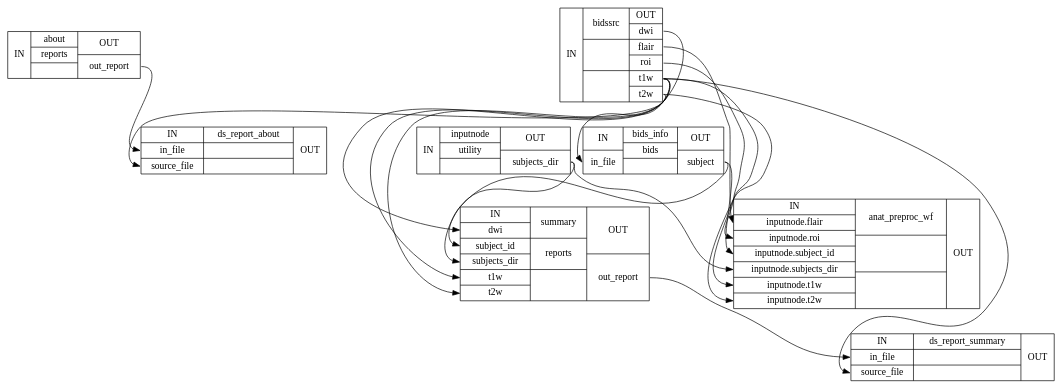
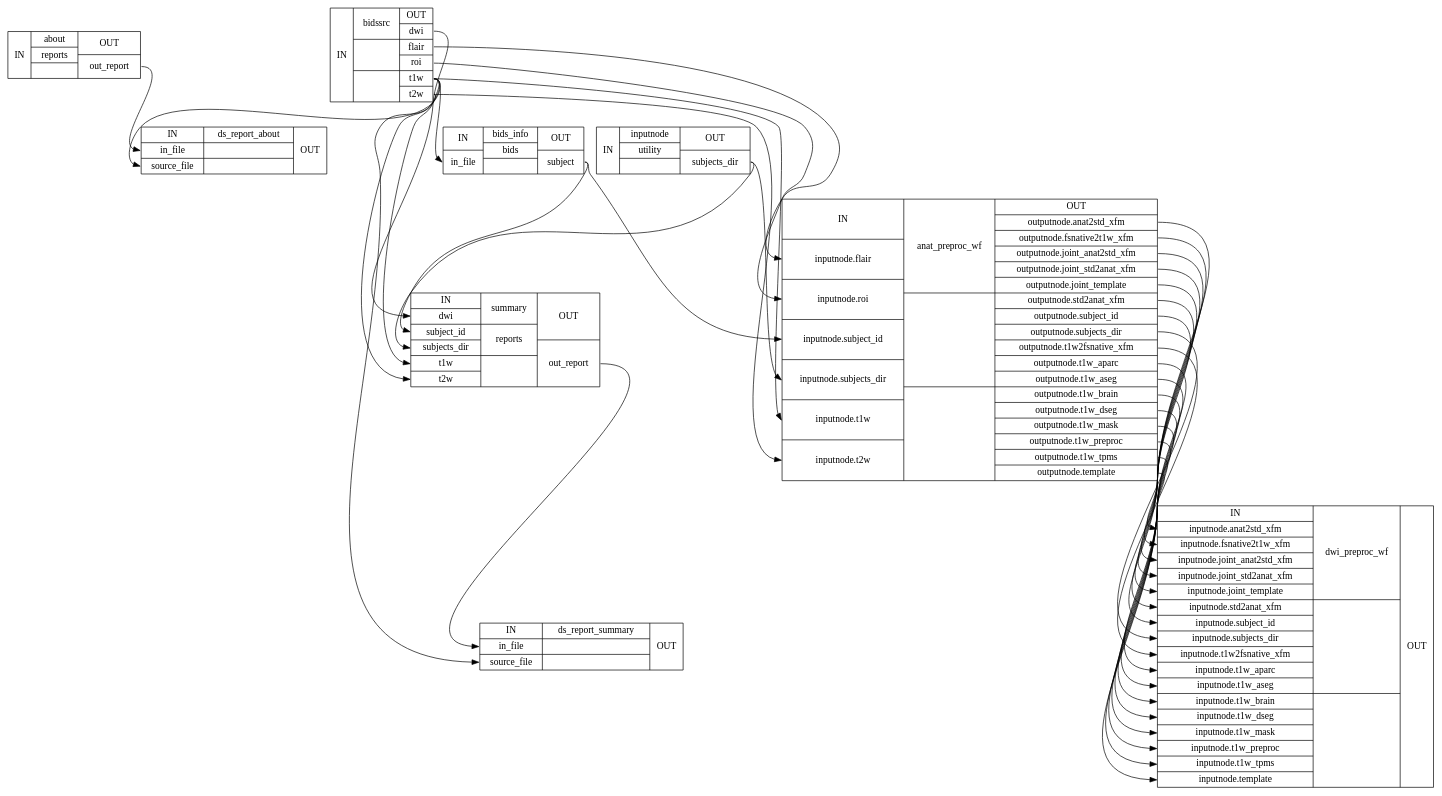
One commit to nipreps/dmriprep changed the diagram in test_docs/wf_directive/api/single_subject_wf/dmriprep-workflows-base-2_detailed.dot. Above: the diagram before and after it, drawn with Graphviz. The commit also changed 479 other files, not shown here.

```diff
--- a/test_docs/wf_directive/api/single_subject_wf/dmriprep-workflows-base-2_detailed.dot
+++ b/test_docs/wf_directive/api/single_subject_wf/dmriprep-workflows-base-2_detailed.dot
@@ -1,27 +1,45 @@
 digraph structs {
 node [shape=record];
 single_subject_wfabout [label="{IN}|{ about | reports |  }|{OUT|<outoutreport> out_report}"];
 single_subject_wfbidssrc [label="{IN}|{ bidssrc |  |  }|{OUT|<outdwi> dwi|<outflair> flair|<outroi> roi|<outt1w> t1w|<outt2w> t2w}"];
 single_subject_wfds_report_about [label="{IN|<ininfile> in_file|<insourcefile> source_file}|{ ds_report_about |  |  }|{OUT}"];
 single_subject_wfbids_info [label="{IN|<ininfile> in_file}|{ bids_info | bids |  }|{OUT|<outsubject> subject}"];
 single_subject_wfinputnode [label="{IN}|{ inputnode | utility |  }|{OUT|<outsubjectsdir> subjects_dir}"];
 single_subject_wfsummary [label="{IN|<indwi> dwi|<insubjectid> subject_id|<insubjectsdir> subjects_dir|<int1w> t1w|<int2w> t2w}|{ summary | reports |  }|{OUT|<outoutreport> out_report}"];
 single_subject_wfds_report_summary [label="{IN|<ininfile> in_file|<insourcefile> source_file}|{ ds_report_summary |  |  }|{OUT}"];
-single_subject_wfanat_preproc_wf [label="{IN|<ininputnodeflair> inputnode.flair|<ininputnoderoi> inputnode.roi|<ininputnodesubjectid> inputnode.subject_id|<ininputnodesubjectsdir> inputnode.subjects_dir|<ininputnodet1w> inputnode.t1w|<ininputnodet2w> inputnode.t2w}|{ anat_preproc_wf |  |  }|{OUT}"];
+single_subject_wfanat_preproc_wf [label="{IN|<ininputnodeflair> inputnode.flair|<ininputnoderoi> inputnode.roi|<ininputnodesubjectid> inputnode.subject_id|<ininputnodesubjectsdir> inputnode.subjects_dir|<ininputnodet1w> inputnode.t1w|<ininputnodet2w> inputnode.t2w}|{ anat_preproc_wf |  |  }|{OUT|<outoutputnodeanat2stdxfm> outputnode.anat2std_xfm|<outoutputnodefsnative2t1wxfm> outputnode.fsnative2t1w_xfm|<outoutputnodejointanat2stdxfm> outputnode.joint_anat2std_xfm|<outoutputnodejointstd2anatxfm> outputnode.joint_std2anat_xfm|<outoutputnodejointtemplate> outputnode.joint_template|<outoutputnodestd2anatxfm> outputnode.std2anat_xfm|<outoutputnodesubjectid> outputnode.subject_id|<outoutputnodesubjectsdir> outputnode.subjects_dir|<outoutputnodet1w2fsnativexfm> outputnode.t1w2fsnative_xfm|<outoutputnodet1waparc> outputnode.t1w_aparc|<outoutputnodet1waseg> outputnode.t1w_aseg|<outoutputnodet1wbrain> outputnode.t1w_brain|<outoutputnodet1wdseg> outputnode.t1w_dseg|<outoutputnodet1wmask> outputnode.t1w_mask|<outoutputnodet1wpreproc> outputnode.t1w_preproc|<outoutputnodet1wtpms> outputnode.t1w_tpms|<outoutputnodetemplate> outputnode.template}"];
+single_subject_wfdwi_preproc_wf [label="{IN|<ininputnodeanat2stdxfm> inputnode.anat2std_xfm|<ininputnodefsnative2t1wxfm> inputnode.fsnative2t1w_xfm|<ininputnodejointanat2stdxfm> inputnode.joint_anat2std_xfm|<ininputnodejointstd2anatxfm> inputnode.joint_std2anat_xfm|<ininputnodejointtemplate> inputnode.joint_template|<ininputnodestd2anatxfm> inputnode.std2anat_xfm|<ininputnodesubjectid> inputnode.subject_id|<ininputnodesubjectsdir> inputnode.subjects_dir|<ininputnodet1w2fsnativexfm> inputnode.t1w2fsnative_xfm|<ininputnodet1waparc> inputnode.t1w_aparc|<ininputnodet1waseg> inputnode.t1w_aseg|<ininputnodet1wbrain> inputnode.t1w_brain|<ininputnodet1wdseg> inputnode.t1w_dseg|<ininputnodet1wmask> inputnode.t1w_mask|<ininputnodet1wpreproc> inputnode.t1w_preproc|<ininputnodet1wtpms> inputnode.t1w_tpms|<ininputnodetemplate> inputnode.template}|{ dwi_preproc_wf |  |  }|{OUT}"];
 single_subject_wfabout:outoutreport:e -> single_subject_wfds_report_about:ininfile:w;
+single_subject_wfanat_preproc_wf:outoutputnodeanat2stdxfm:e -> single_subject_wfdwi_preproc_wf:ininputnodeanat2stdxfm:w;
+single_subject_wfanat_preproc_wf:outoutputnodefsnative2t1wxfm:e -> single_subject_wfdwi_preproc_wf:ininputnodefsnative2t1wxfm:w;
+single_subject_wfanat_preproc_wf:outoutputnodejointanat2stdxfm:e -> single_subject_wfdwi_preproc_wf:ininputnodejointanat2stdxfm:w;
+single_subject_wfanat_preproc_wf:outoutputnodejointstd2anatxfm:e -> single_subject_wfdwi_preproc_wf:ininputnodejointstd2anatxfm:w;
+single_subject_wfanat_preproc_wf:outoutputnodejointtemplate:e -> single_subject_wfdwi_preproc_wf:ininputnodejointtemplate:w;
+single_subject_wfanat_preproc_wf:outoutputnodestd2anatxfm:e -> single_subject_wfdwi_preproc_wf:ininputnodestd2anatxfm:w;
+single_subject_wfanat_preproc_wf:outoutputnodesubjectid:e -> single_subject_wfdwi_preproc_wf:ininputnodesubjectid:w;
+single_subject_wfanat_preproc_wf:outoutputnodesubjectsdir:e -> single_subject_wfdwi_preproc_wf:ininputnodesubjectsdir:w;
+single_subject_wfanat_preproc_wf:outoutputnodet1w2fsnativexfm:e -> single_subject_wfdwi_preproc_wf:ininputnodet1w2fsnativexfm:w;
+single_subject_wfanat_preproc_wf:outoutputnodet1waparc:e -> single_subject_wfdwi_preproc_wf:ininputnodet1waparc:w;
+single_subject_wfanat_preproc_wf:outoutputnodet1waseg:e -> single_subject_wfdwi_preproc_wf:ininputnodet1waseg:w;
+single_subject_wfanat_preproc_wf:outoutputnodet1wbrain:e -> single_subject_wfdwi_preproc_wf:ininputnodet1wbrain:w;
+single_subject_wfanat_preproc_wf:outoutputnodet1wdseg:e -> single_subject_wfdwi_preproc_wf:ininputnodet1wdseg:w;
+single_subject_wfanat_preproc_wf:outoutputnodet1wmask:e -> single_subject_wfdwi_preproc_wf:ininputnodet1wmask:w;
+single_subject_wfanat_preproc_wf:outoutputnodet1wpreproc:e -> single_subject_wfdwi_preproc_wf:ininputnodet1wpreproc:w;
+single_subject_wfanat_preproc_wf:outoutputnodet1wtpms:e -> single_subject_wfdwi_preproc_wf:ininputnodet1wtpms:w;
+single_subject_wfanat_preproc_wf:outoutputnodetemplate:e -> single_subject_wfdwi_preproc_wf:ininputnodetemplate:w;
 single_subject_wfbids_info:outsubject:e -> single_subject_wfanat_preproc_wf:ininputnodesubjectid:w;
 single_subject_wfbids_info:outsubject:e -> single_subject_wfsummary:insubjectid:w;
 single_subject_wfbidssrc:outdwi:e -> single_subject_wfsummary:indwi:w;
 single_subject_wfbidssrc:outflair:e -> single_subject_wfanat_preproc_wf:ininputnodeflair:w;
 single_subject_wfbidssrc:outroi:e -> single_subject_wfanat_preproc_wf:ininputnoderoi:w;
 single_subject_wfbidssrc:outt1w:e -> single_subject_wfanat_preproc_wf:ininputnodet1w:w;
 single_subject_wfbidssrc:outt1w:e -> single_subject_wfbids_info:ininfile:w;
 single_subject_wfbidssrc:outt1w:e -> single_subject_wfds_report_about:insourcefile:w;
 single_subject_wfbidssrc:outt1w:e -> single_subject_wfds_report_summary:insourcefile:w;
 single_subject_wfbidssrc:outt1w:e -> single_subject_wfsummary:int1w:w;
 single_subject_wfbidssrc:outt2w:e -> single_subject_wfanat_preproc_wf:ininputnodet2w:w;
 single_subject_wfbidssrc:outt2w:e -> single_subject_wfsummary:int2w:w;
 single_subject_wfinputnode:outsubjectsdir:e -> single_subject_wfanat_preproc_wf:ininputnodesubjectsdir:w;
 single_subject_wfinputnode:outsubjectsdir:e -> single_subject_wfsummary:insubjectsdir:w;
 single_subject_wfsummary:outoutreport:e -> single_subject_wfds_report_summary:ininfile:w;
 }
```
